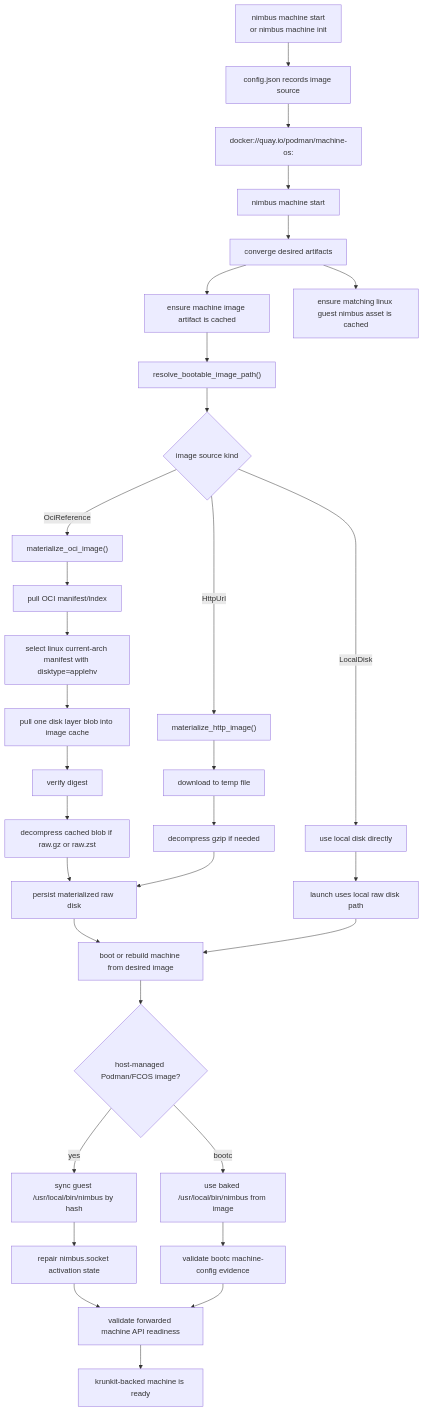
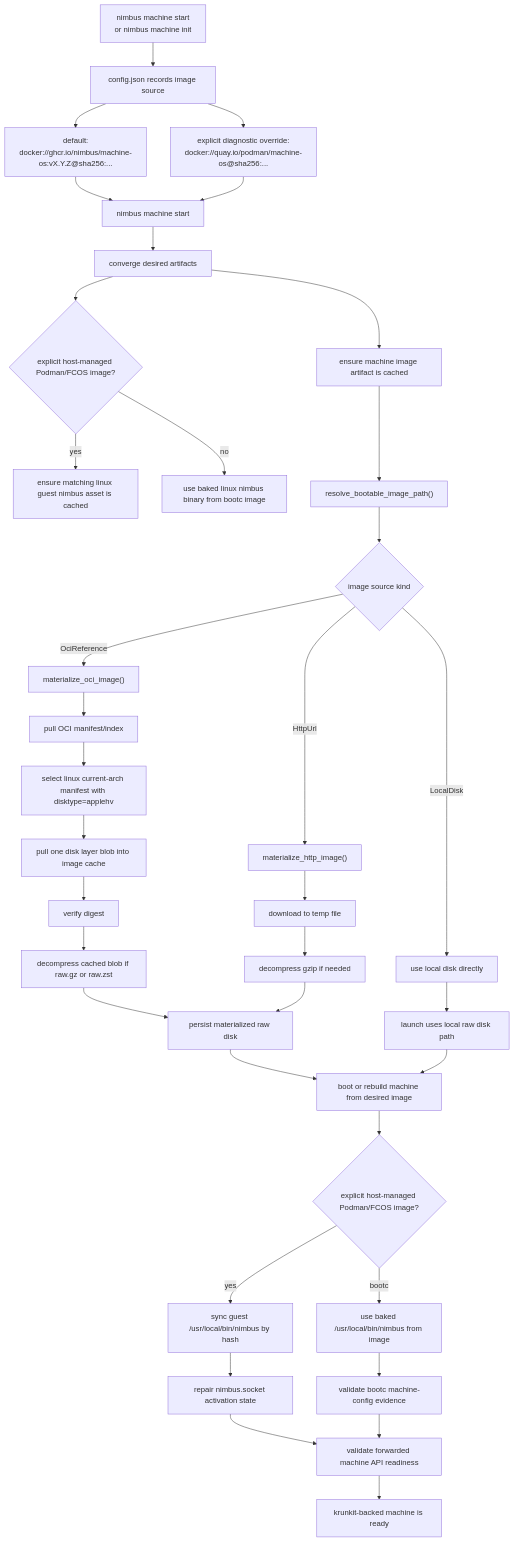
One commit to nimbus/nimbus changed the third of 6 diagrams in docs/architecture/sandbox/macos-machine-flow.md. Above: the diagram before and after it, drawn with Mermaid. The commit also changed other lines of this file and 10 other files, not shown here.

````diff
--- a/docs/architecture/sandbox/macos-machine-flow.md
+++ b/docs/architecture/sandbox/macos-machine-flow.md
@@ -197,37 +197,41 @@
 ```mermaid
 flowchart TD
     A["nimbus machine start<br/>or nimbus machine init"] --> B["config.json records image source"]
-    B --> C["docker://quay.io/podman/machine-os:<pinned-ref-or-digest>"]
+    B --> C["default:<br/>docker://ghcr.io/nimbus/machine-os:vX.Y.Z@sha256:..."]
+    B --> C2["explicit diagnostic override:<br/>docker://quay.io/podman/machine-os@sha256:..."]
     C --> D["nimbus machine start"]
+    C2 --> D
     D --> E["converge desired artifacts"]
     E --> F["ensure machine image artifact is cached"]
-    E --> G["ensure matching linux guest nimbus asset is cached"]
+    E --> G{"explicit host-managed Podman/FCOS image?"}
+    G -->|yes| G1["ensure matching linux guest nimbus asset is cached"]
+    G -->|no| G2["use baked linux nimbus binary from bootc image"]
     F --> H["resolve_bootable_image_path()"]
     H --> I{"image source kind"}
     I -->|OciReference| J["materialize_oci_image()"]
     I -->|HttpUrl| K["materialize_http_image()"]
     I -->|LocalDisk| L["use local disk directly"]
 
     J --> M["pull OCI manifest/index"]
     M --> N["select linux current-arch manifest with disktype=applehv"]
     N --> O["pull one disk layer blob into image cache"]
     O --> P["verify digest"]
     P --> Q["decompress cached blob if raw.gz or raw.zst"]
     Q --> R["persist materialized raw disk"]
 
     K --> S["download to temp file"]
     S --> T["decompress gzip if needed"]
     T --> R
 
     L --> U["launch uses local raw disk path"]
     R --> V["boot or rebuild machine from desired image"]
     U --> V
-    V --> W{"host-managed Podman/FCOS image?"}
+    V --> W{"explicit host-managed Podman/FCOS image?"}
     W -->|yes| X["sync guest /usr/local/bin/nimbus by hash"]
     W -->|bootc| Y["use baked /usr/local/bin/nimbus from image"]
     X --> Z["repair nimbus.socket activation state"]
     Y --> AA["validate bootc machine-config evidence"]
     Z --> AB["validate forwarded machine API readiness"]
     AA --> AB
     AB --> AC["krunkit-backed machine is ready"]
 ```
````
